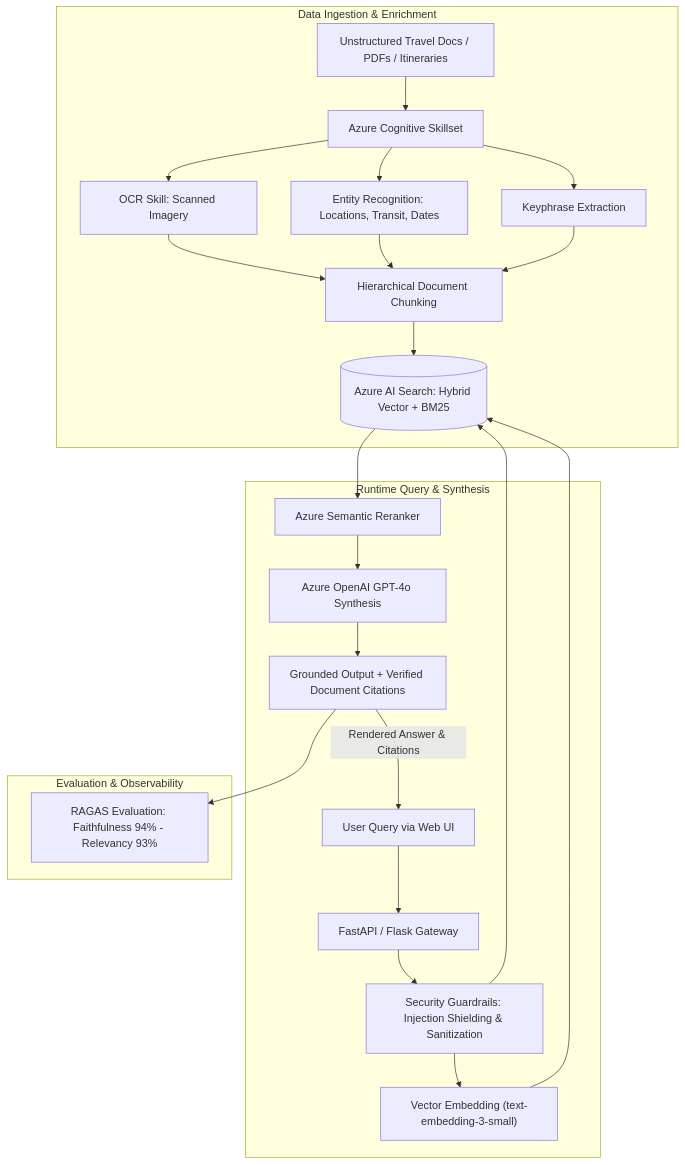
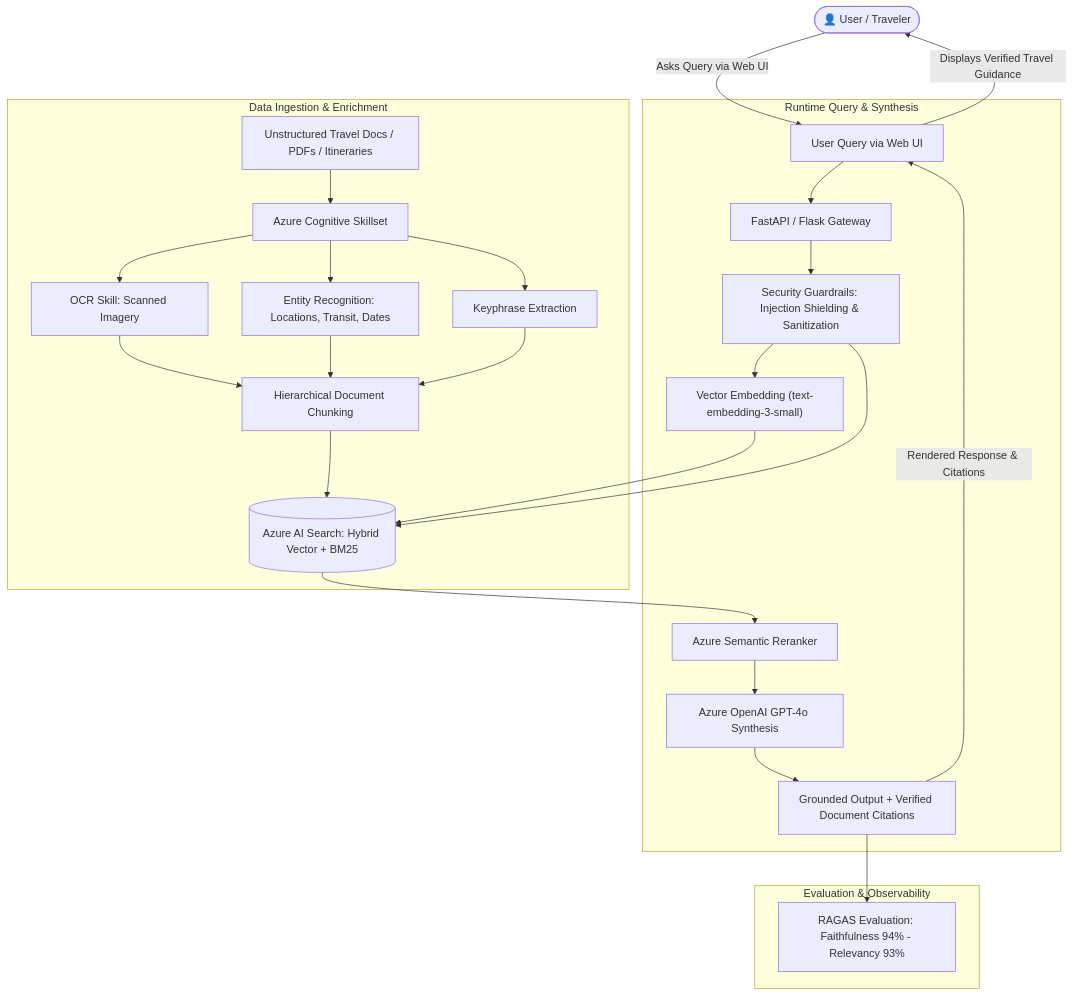
The diagram in README.md (valluri-anand/enterprise-travel-rag-assistant), drawn with Mermaid before and after one commit.

Commit message:
docs: add User actor node outside Runtime subgraph with bi-directional query-response arrows

````diff
--- a/README.md
+++ b/README.md
@@ -24,29 +24,34 @@
 ```mermaid
 graph TD
+    User(["👤 User / Traveler"])
+
     subgraph Ingestion["Data Ingestion & Enrichment"]
         A["Unstructured Travel Docs / PDFs / Itineraries"] --> B["Azure Cognitive Skillset"]
         B --> B1["OCR Skill: Scanned Imagery"]
         B --> B2["Entity Recognition: Locations, Transit, Dates"]
         B --> B3["Keyphrase Extraction"]
         B1 --> C["Hierarchical Document Chunking"]
         B2 --> C
         B3 --> C
         C --> D[("Azure AI Search: Hybrid Vector + BM25")]
     end
 
     subgraph Runtime["Runtime Query & Synthesis"]
         E["User Query via Web UI"] --> F["FastAPI / Flask Gateway"]
         F --> G["Security Guardrails: Injection Shielding & Sanitization"]
         G --> H["Vector Embedding (text-embedding-3-small)"]
         H --> D
         G --> D
         D --> I["Azure Semantic Reranker"]
         I --> J["Azure OpenAI GPT-4o Synthesis"]
         J --> K["Grounded Output + Verified Document Citations"]
-        K -->|"Rendered Answer & Citations"| E
+        K -->|"Rendered Response & Citations"| E
     end
+
+    User -->|"Asks Query via Web UI"| E
+    E -->|"Displays Verified Travel Guidance"| User
 
     subgraph Evaluation["Evaluation & Observability"]
         K --> L["RAGAS Evaluation: Faithfulness 94% - Relevancy 93%"]
     end
 ```
````
